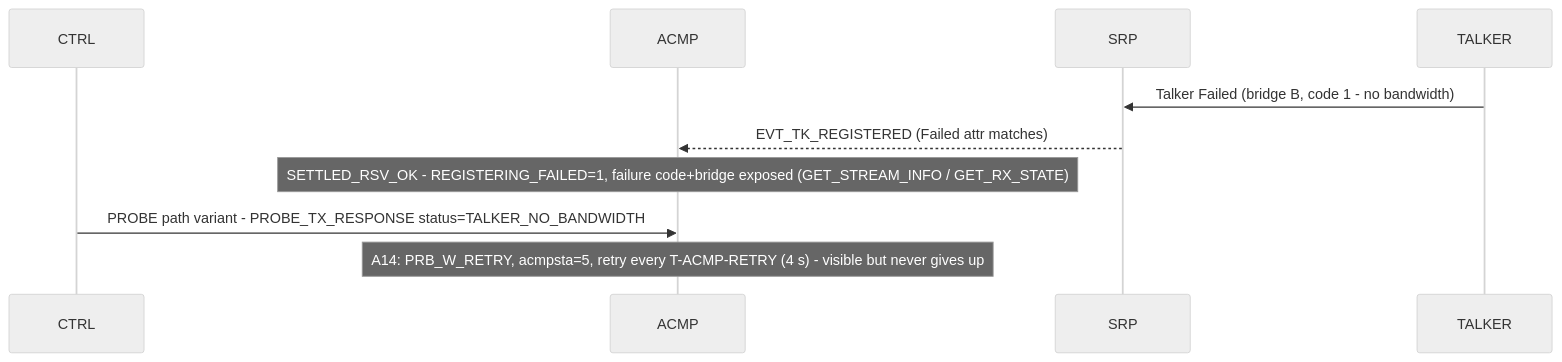
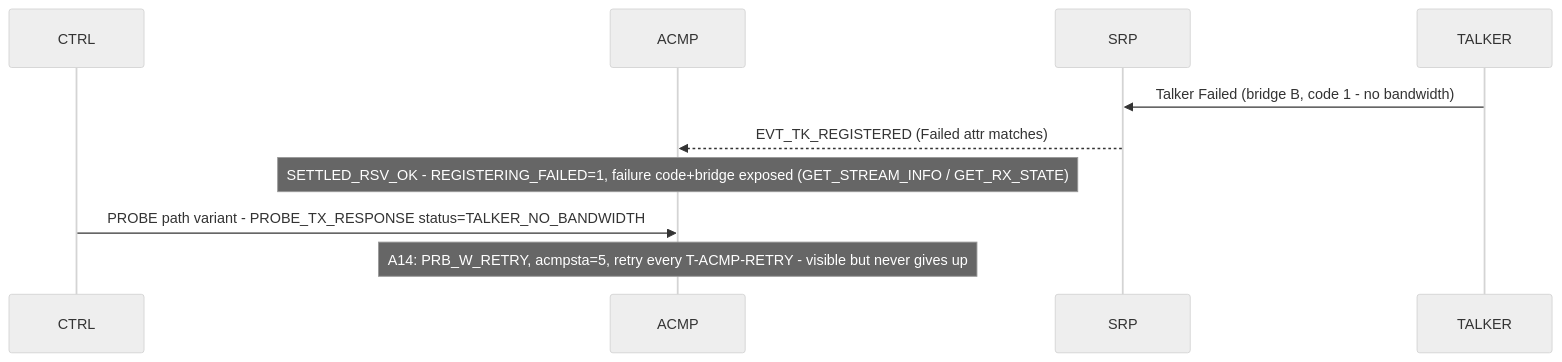
Before and after one commit to Mister-M-alt/protocol-processor-control-plane-avb-milan: the ninth of 11 diagrams in docs/architecture/05_acmp_engine.md, drawn with Mermaid (neutral theme). The commit also changed other lines of this file and 13 other files, not shown here.

````diff
--- a/docs/architecture/05_acmp_engine.md
+++ b/docs/architecture/05_acmp_engine.md
@@ -367,12 +367,12 @@
 ```mermaid
 sequenceDiagram
     participant CTRL
     participant ACMP
     participant SRP
     participant TALKER
     TALKER->>SRP: Talker Failed (bridge B, code 1 - no bandwidth)
     SRP-->>ACMP: EVT_TK_REGISTERED (Failed attr matches)
     Note over ACMP: SETTLED_RSV_OK - REGISTERING_FAILED=1, failure code+bridge exposed (GET_STREAM_INFO / GET_RX_STATE)
     CTRL->>ACMP: PROBE path variant - PROBE_TX_RESPONSE status=TALKER_NO_BANDWIDTH
-    Note over ACMP: A14: PRB_W_RETRY, acmpsta=5, retry every T-ACMP-RETRY (4 s) - visible but never gives up
+    Note over ACMP: A14: PRB_W_RETRY, acmpsta=5, retry every T-ACMP-RETRY - visible but never gives up
 ```
````
